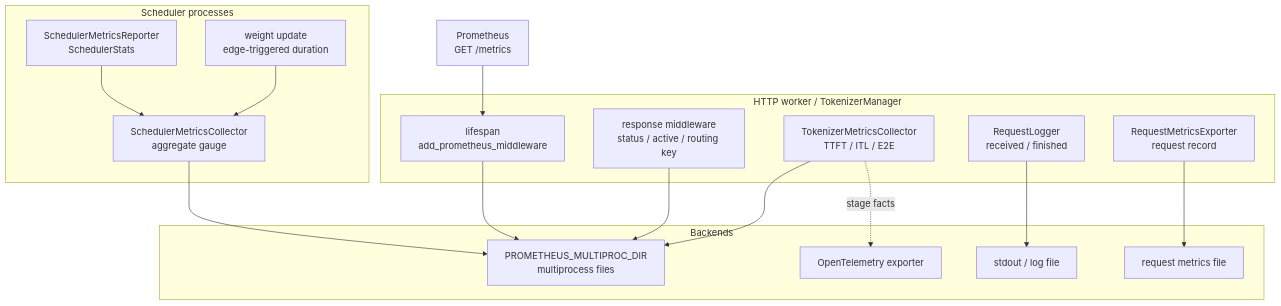
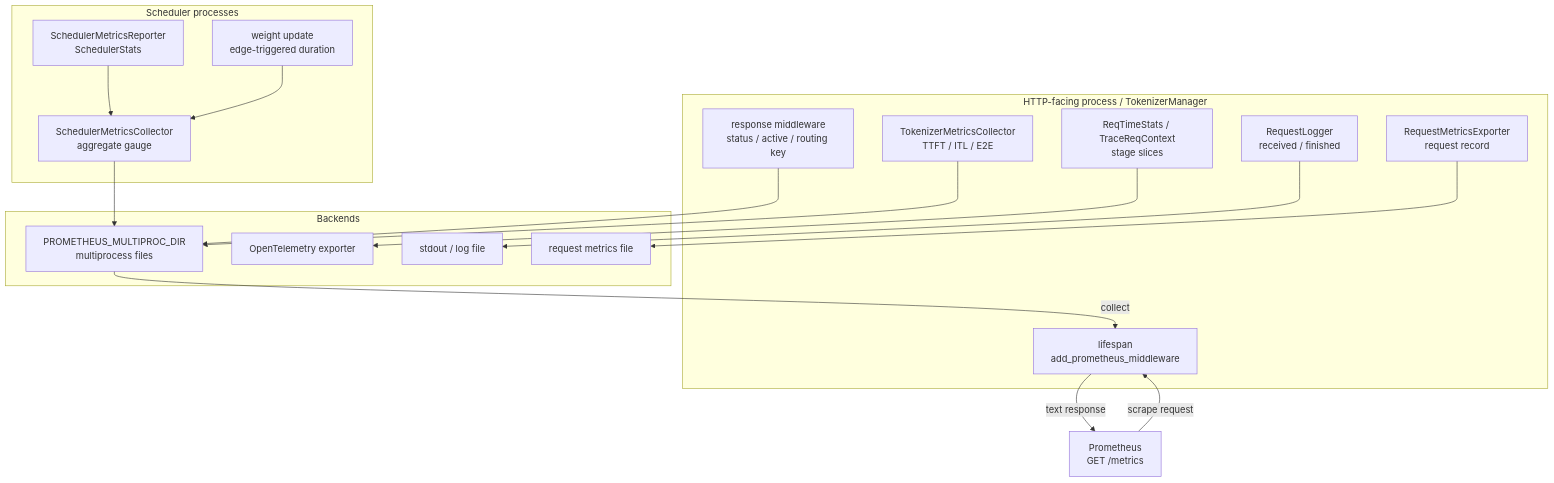
One commit to OnlyHero5/sglang-reading-vault changed the diagram in sglang_reading/高级特性/可观测性/SGLang-可观测性-数据流.md. Above: the diagram before and after it, drawn with Mermaid. The commit also changed other lines of this file and 512 other files, not shown here.

````diff
--- a/sglang_reading/高级特性/可观测性/SGLang-可观测性-数据流.md
+++ b/sglang_reading/高级特性/可观测性/SGLang-可观测性-数据流.md
@@ -42,30 +42,32 @@
 ```mermaid
 flowchart TB
-  subgraph HTTP["HTTP worker / TokenizerManager"]
+  subgraph FRONT["HTTP-facing process / TokenizerManager"]
     MOUNT["lifespan<br/>add_prometheus_middleware"]
     HTTPMW["response middleware<br/>status / active / routing key"]
     TOK["TokenizerMetricsCollector<br/>TTFT / ITL / E2E"]
+    TRACE["ReqTimeStats / TraceReqContext<br/>stage slices"]
     LOG["RequestLogger<br/>received / finished"]
     EXP["RequestMetricsExporter<br/>request record"]
   end
   subgraph SCHED["Scheduler processes"]
     MR["SchedulerMetricsReporter<br/>SchedulerStats"]
     SMC["SchedulerMetricsCollector<br/>aggregate gauge"]
     WL["weight update<br/>edge-triggered duration"]
   end
   subgraph BACKENDS["Backends"]
     MP["PROMETHEUS_MULTIPROC_DIR<br/>multiprocess files"]
     OTLP["OpenTelemetry exporter"]
     SINK["stdout / log file"]
     FILE["request metrics file"]
   end
-  PROM["Prometheus<br/>GET /metrics"] --> MOUNT
-  MOUNT --> MP
+  PROM["Prometheus<br/>GET /metrics"] -- "scrape request" --> MOUNT
+  MP -- "collect" --> MOUNT
+  MOUNT -- "text response" --> PROM
   HTTPMW --> MP
   TOK --> MP
   MR --> SMC --> MP
   WL --> SMC
   LOG --> SINK
   EXP --> FILE
-  TOK -. stage facts .-> OTLP
+  TRACE --> OTLP
 ```
````
